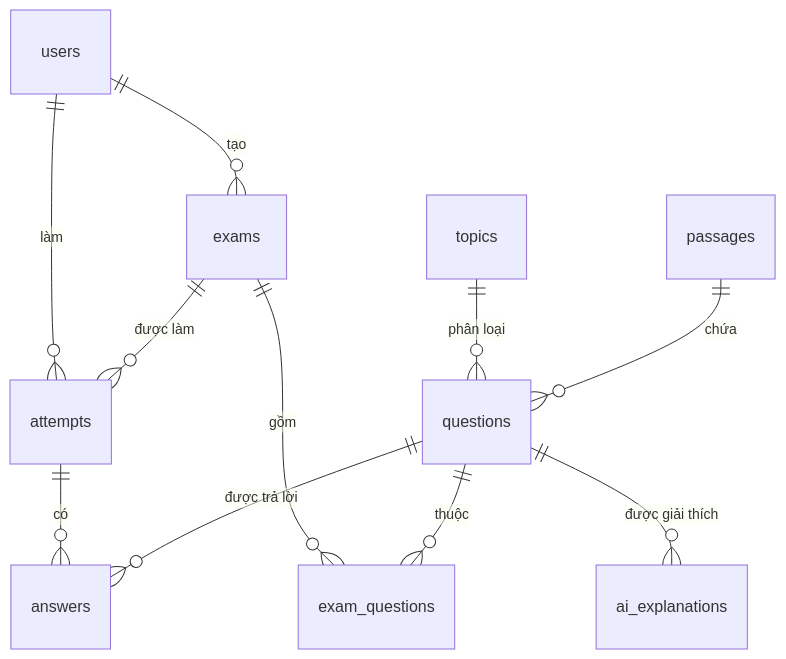
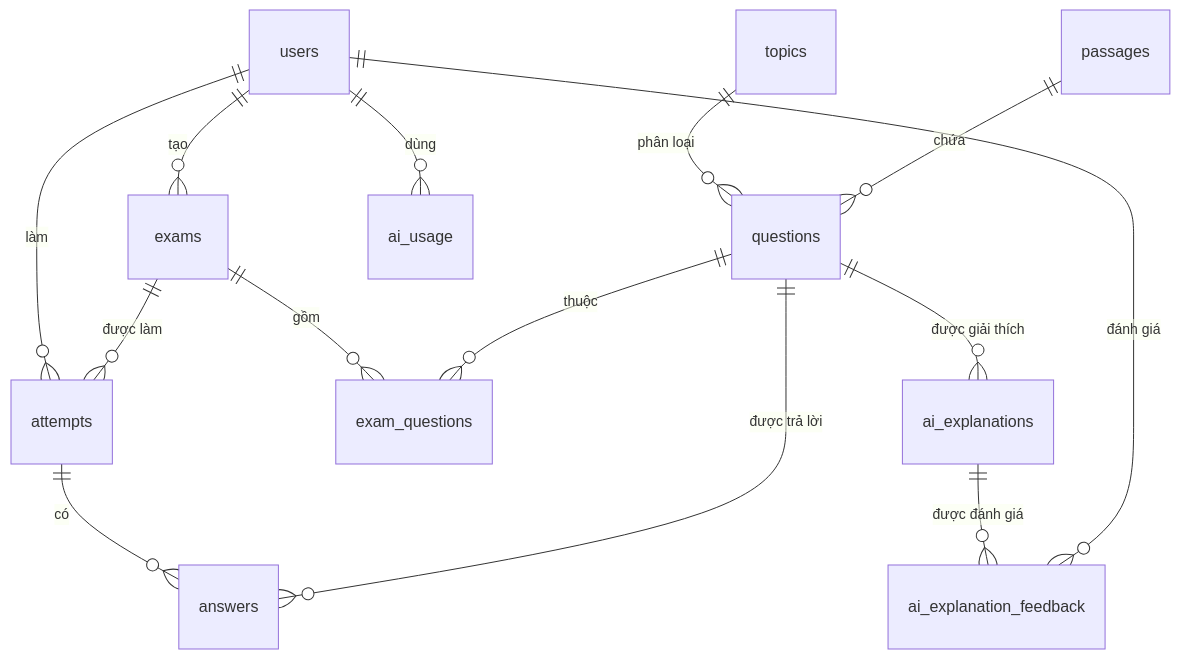
One commit to NguyenThaiDung2003/luyenthitoeic changed the second of 3 diagrams in report/bao-cao-do-an.md. Above: the diagram before and after it, drawn with Mermaid. The commit also changed other lines of this file and 11 other files, not shown here.

````diff
--- a/report/bao-cao-do-an.md
+++ b/report/bao-cao-do-an.md
@@ -185,13 +191,16 @@
 ```mermaid
 erDiagram
   users ||--o{ attempts : "làm"
   users ||--o{ exams : "tạo"
   topics ||--o{ questions : "phân loại"
   passages ||--o{ questions : "chứa"
   exams ||--o{ exam_questions : "gồm"
   questions ||--o{ exam_questions : "thuộc"
   exams ||--o{ attempts : "được làm"
   attempts ||--o{ answers : "có"
   questions ||--o{ answers : "được trả lời"
   questions ||--o{ ai_explanations : "được giải thích"
+  ai_explanations ||--o{ ai_explanation_feedback : "được đánh giá"
+  users ||--o{ ai_explanation_feedback : "đánh giá"
+  users ||--o{ ai_usage : "dùng"
 ```
````
